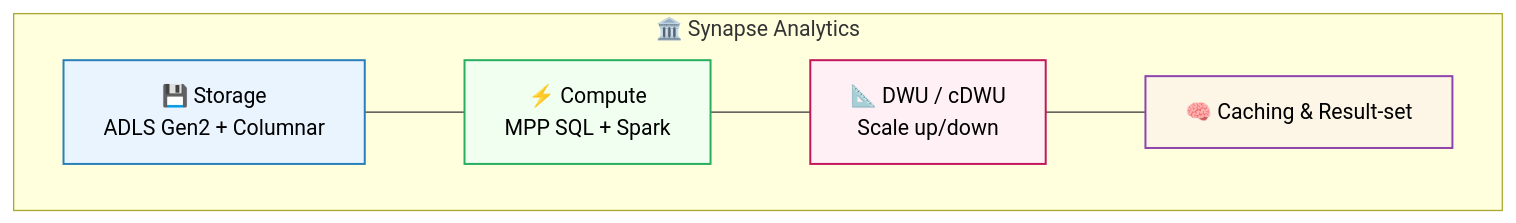
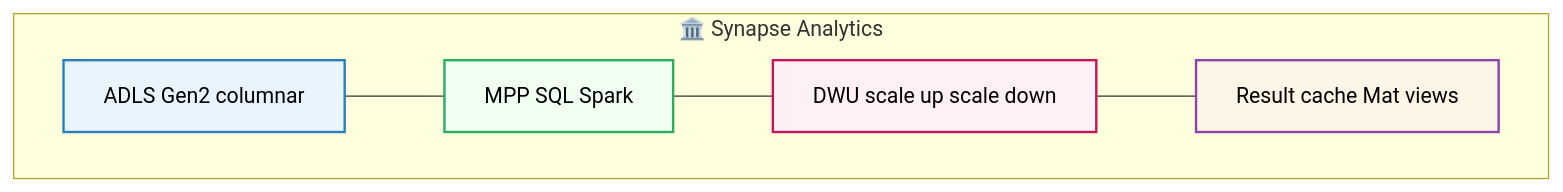
Before and after one commit to blaire101/DE2-AWS-Azure-GCP-2025: the second of 9 diagrams in Azure-DE-QA.md, drawn with Mermaid. The commit also changed other lines of this file, not shown here.

````diff
--- a/Azure-DE-QA.md
+++ b/Azure-DE-QA.md
@@ -115,17 +120,17 @@
 ```mermaid
 flowchart TB
-    classDef storage fill:#eaf4ff,stroke:#2980b9,stroke-width:1.5px,color:#000
-    classDef compute fill:#f0fff0,stroke:#27ae60,stroke-width:1.5px,color:#000
-    classDef dwu fill:#fff0f6,stroke:#c2185b,stroke-width:1.5px,color:#000
-    classDef cache fill:#fdf5e6,stroke:#8e44ad,stroke-width:1.5px,color:#000
+    classDef storage fill:#eaf4ff,stroke:#2980b9,stroke-width:1.8px,color:#000
+    classDef compute fill:#f0fff0,stroke:#27ae60,stroke-width:1.8px,color:#000
+    classDef dwu fill:#fff0f6,stroke:#c2185b,stroke-width:1.8px,color:#000
+    classDef cache fill:#fdf5e6,stroke:#8e44ad,stroke-width:1.8px,color:#000
 
     subgraph SYN["🏛️ Synapse Analytics"]
-      S[💾 Storage<br/>ADLS Gen2 + Columnar]:::storage
-      C[⚡ Compute<br/>MPP SQL + Spark]:::compute
-      D[📐 DWU / cDWU<br/>Scale up/down]:::dwu
-      R[🧠 Caching & Result-set]:::cache
+      S[ADLS Gen2  columnar]:::storage
+      C[MPP SQL  Spark]:::compute
+      D[DWU scale up  scale down]:::dwu
+      R[Result cache  Mat views]:::cache
       S --- C
       C --- D
       D --- R
     end
 ```
````
